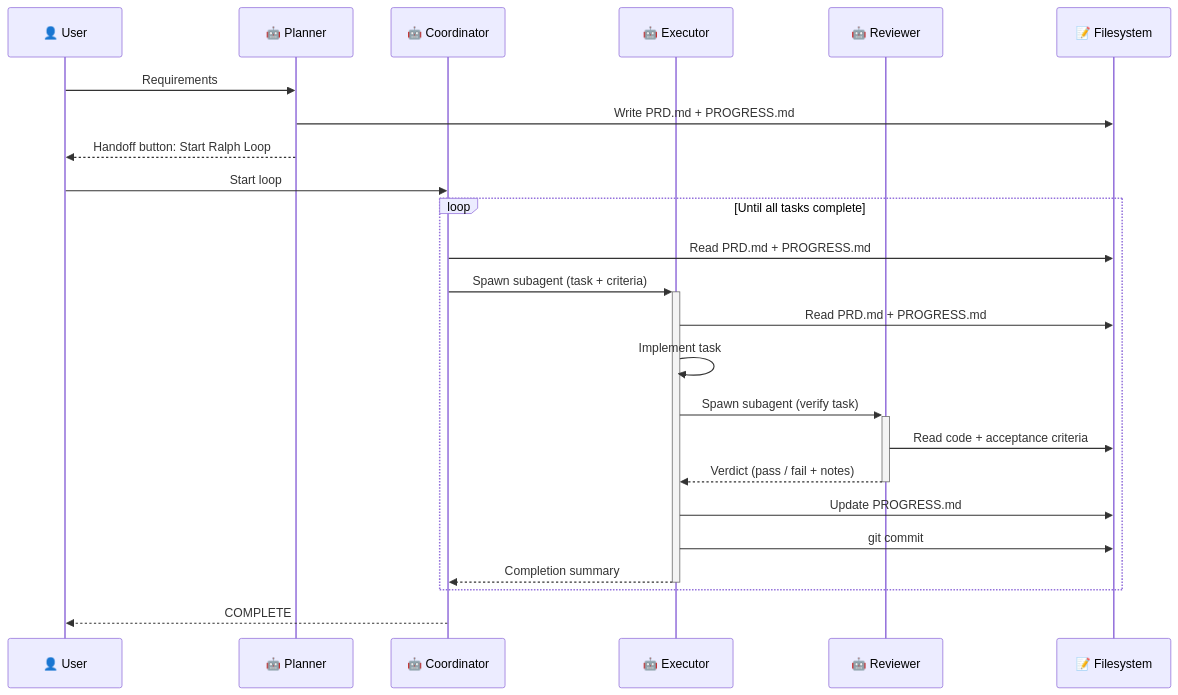
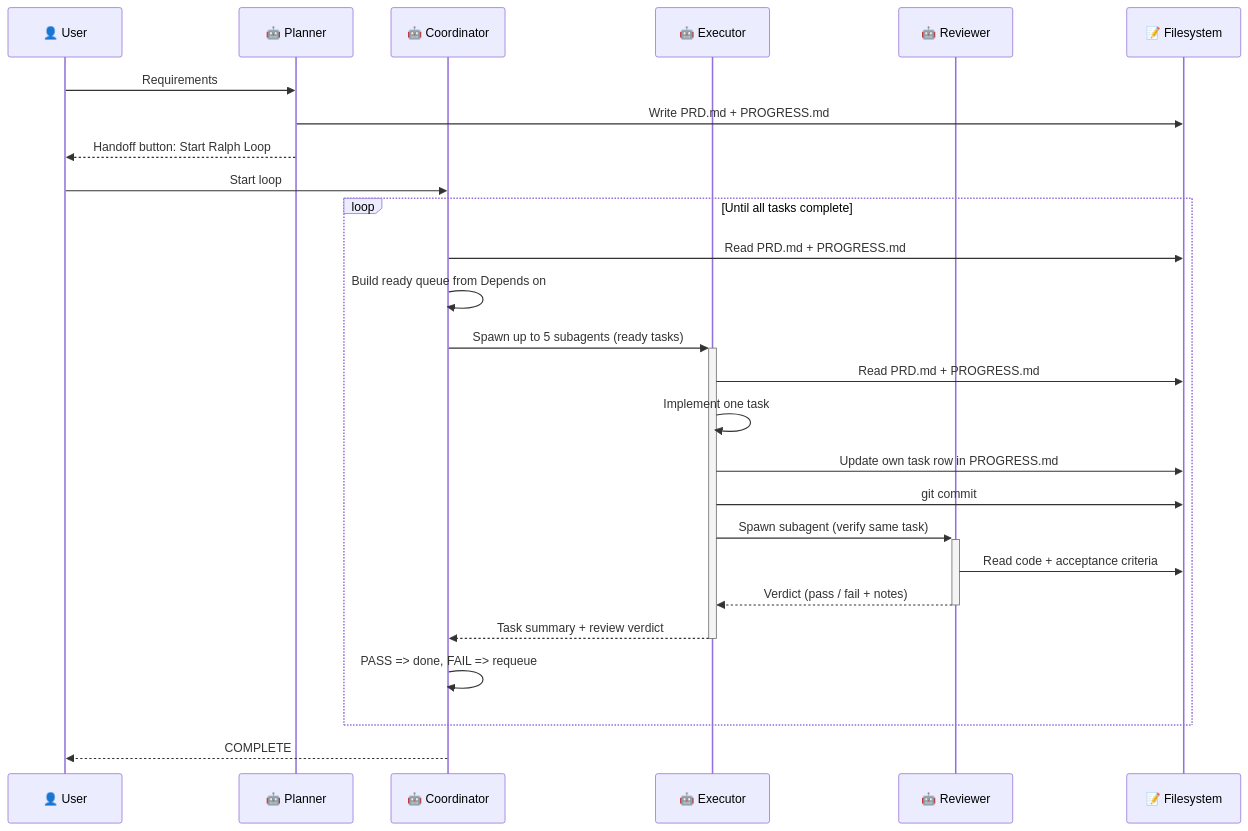
One commit to giocaizzi/ralph-copilot changed the diagram in README.md. Above: the diagram before and after it, drawn with Mermaid. The commit also changed other lines of this file and 5 other files, not shown here.

````diff
--- a/README.md
+++ b/README.md
@@ -25,30 +26,32 @@
 ```mermaid
 sequenceDiagram
     participant H as 👤 User
     participant P as 🤖 Planner
     participant C as 🤖 Coordinator
-    participant E as 🤖 Executor
+    participant E1 as 🤖 Executor #1..#5
     participant R as 🤖 Reviewer
     participant FS as 📝 Filesystem
 
     H->>P: Requirements
     P->>FS: Write PRD.md + PROGRESS.md
     P-->>H: Handoff button: Start Ralph Loop
 
     H->>C: Start loop
 
     loop Until all tasks complete
         C->>FS: Read PRD.md + PROGRESS.md
-        C->>+E: Spawn subagent (task + criteria)
-        E->>FS: Read PRD.md + PROGRESS.md
-        E->>E: Implement task
-        E->>+R: Spawn subagent (verify task)
+        C->>C: Build ready queue from Depends on
+        C->>+E1: Spawn up to 5 subagents (ready tasks)
+        E1->>FS: Read PRD.md + PROGRESS.md
+        E1->>E1: Implement one task
+        E1->>FS: Update own task row in PROGRESS.md
+        E1->>FS: git commit
+        E1->>+R: Spawn subagent (verify same task)
         R->>FS: Read code + acceptance criteria
-        R-->>-E: Verdict (pass / fail + notes)
-        E->>FS: Update PROGRESS.md
-        E->>FS: git commit
-        E-->>-C: Completion summary
+        R-->>-E1: Verdict (pass / fail + notes)
+        E1-->>-C: Task summary + review verdict
+        C->>C: PASS => done, FAIL => requeue
     end
 
     C-->>H: COMPLETE
 ```
````
